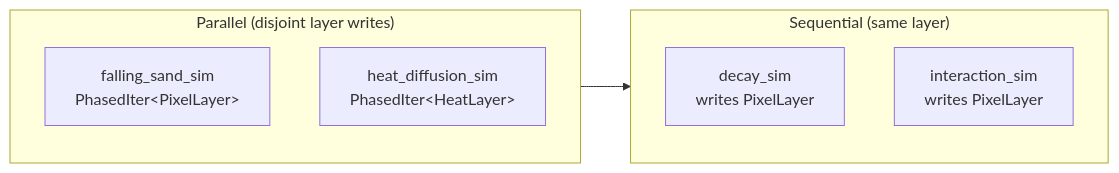
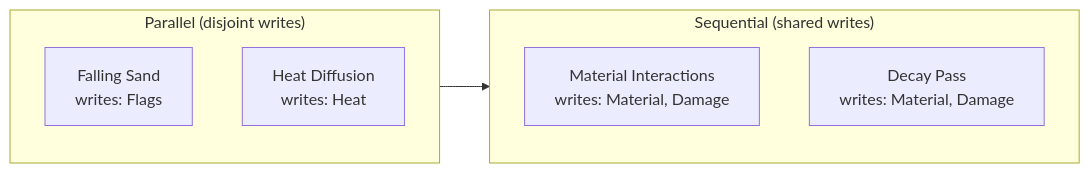
The second of 5 diagrams in docs/arhitecture/modularity/pixel-layers.md (api-haus/bevy_pixel_world), drawn with Mermaid before and after one commit. The commit also changed other lines of this file and 20 other files, not shown here.

````diff
--- a/docs/arhitecture/modularity/pixel-layers.md
+++ b/docs/arhitecture/modularity/pixel-layers.md
@@ -222,12 +206,12 @@
 ```mermaid
 flowchart LR
-    subgraph Parallel["Parallel (disjoint layer writes)"]
-        A["falling_sand_sim<br/>PhasedIter&lt;PixelLayer&gt;"]
-        B["heat_diffusion_sim<br/>PhasedIter&lt;HeatLayer&gt;"]
+    subgraph Parallel["Parallel (disjoint writes)"]
+        A["Falling Sand<br/>writes: Flags"]
+        B["Heat Diffusion<br/>writes: Heat"]
     end
-    subgraph Sequential["Sequential (same layer)"]
-        C["decay_sim<br/>writes PixelLayer"]
-        D["interaction_sim<br/>writes PixelLayer"]
+    subgraph Sequential["Sequential (shared writes)"]
+        C["Material Interactions<br/>writes: Material, Damage"]
+        D["Decay Pass<br/>writes: Material, Damage"]
     end
     Parallel --> Sequential
 ```
````
